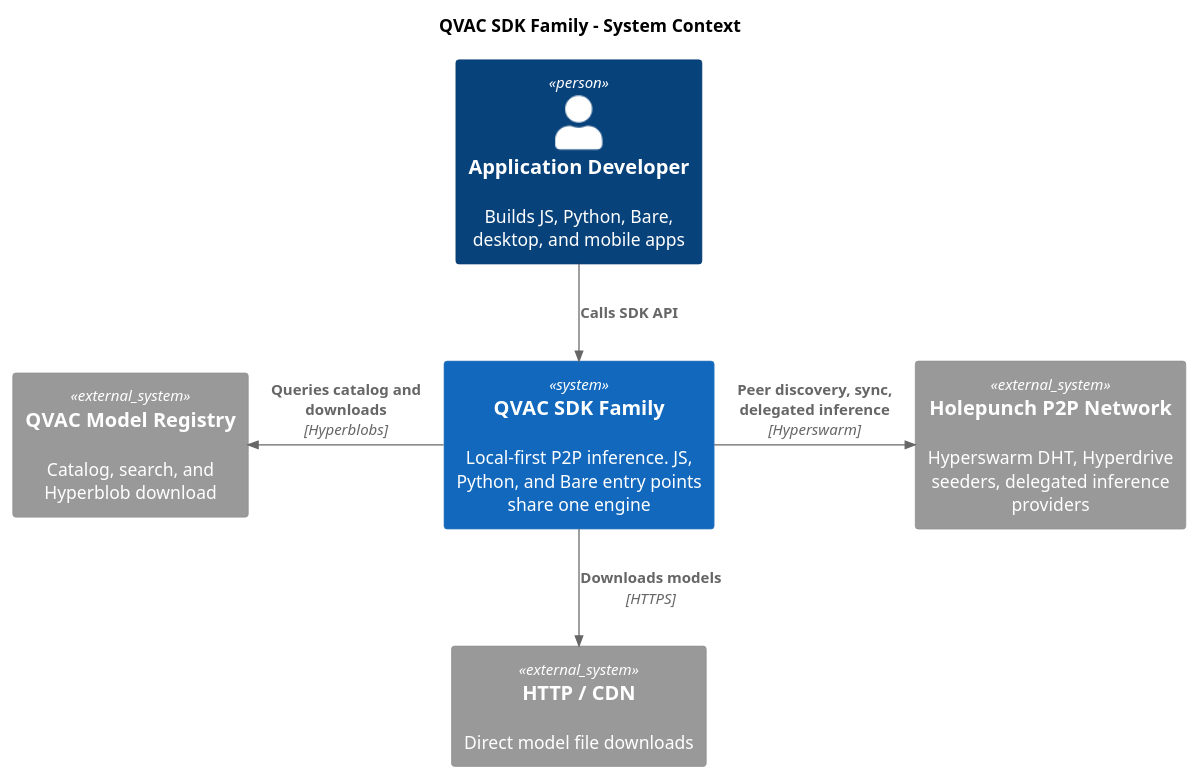
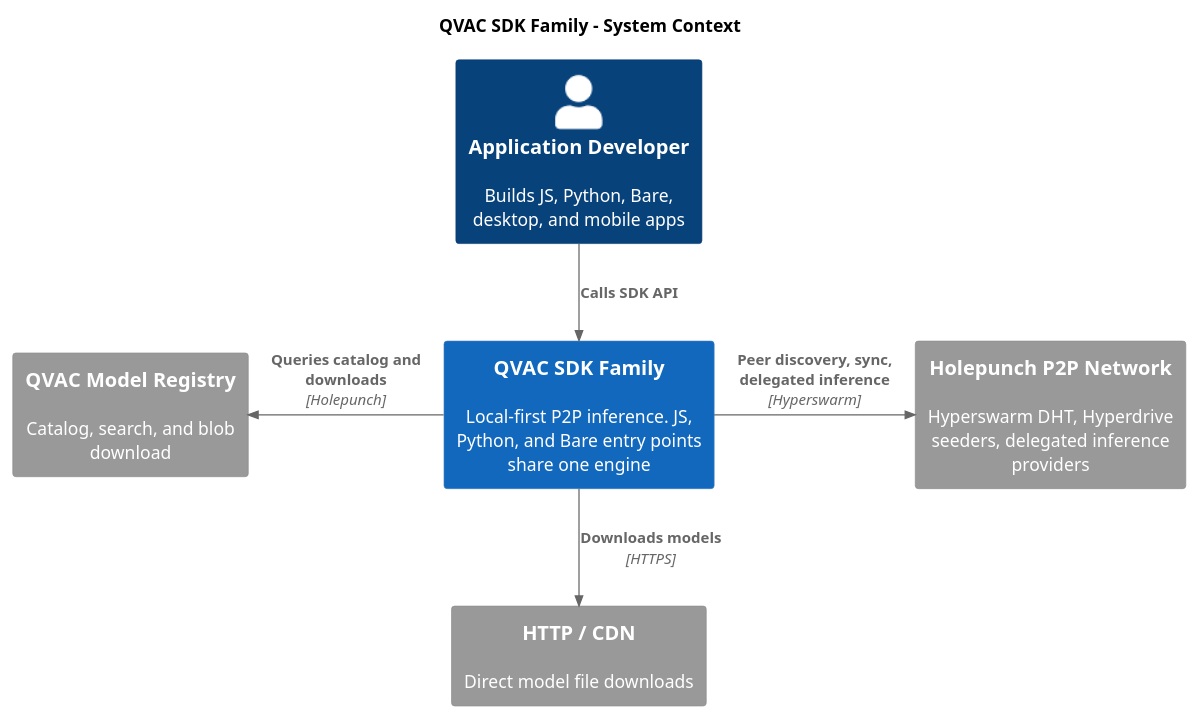
One commit to tetherto/qvac changed the diagram in docs/architecture/puml/01-system-context.puml. Above: the diagram before and after it, drawn with PlantUML. The commit also changed 12 other files, not shown here.

First line of the commit message:
doc[notask]: address architecture diagram review

```diff
--- a/docs/architecture/puml/01-system-context.puml
+++ b/docs/architecture/puml/01-system-context.puml
@@ -1,19 +1,20 @@
 @startuml
 !include <C4/C4_Context>
+HIDE_STEREOTYPE()
 
 title QVAC SDK Family - System Context
 
 Person(dev, "Application Developer", "Builds JS, Python, Bare, desktop, and mobile apps")
 
 System(sdk, "QVAC SDK Family", "Local-first P2P inference. JS, Python, and Bare entry points share one engine")
 
-System_Ext(registry, "QVAC Model Registry", "Catalog, search, and Hyperblob download")
+System_Ext(registry, "QVAC Model Registry", "Catalog, search, and blob download")
 System_Ext(http, "HTTP / CDN", "Direct model file downloads")
 System_Ext(p2p, "Holepunch P2P Network", "Hyperswarm DHT, Hyperdrive seeders, delegated inference providers")
 
 Rel_D(dev, sdk, "Calls SDK API")
-Rel_L(sdk, registry, "Queries catalog and downloads", "Hyperblobs")
+Rel_L(sdk, registry, "Queries catalog and downloads", "Holepunch")
 Rel_D(sdk, http, "Downloads models", "HTTPS")
 Rel_R(sdk, p2p, "Peer discovery, sync, delegated inference", "Hyperswarm")
 
 @enduml
```
